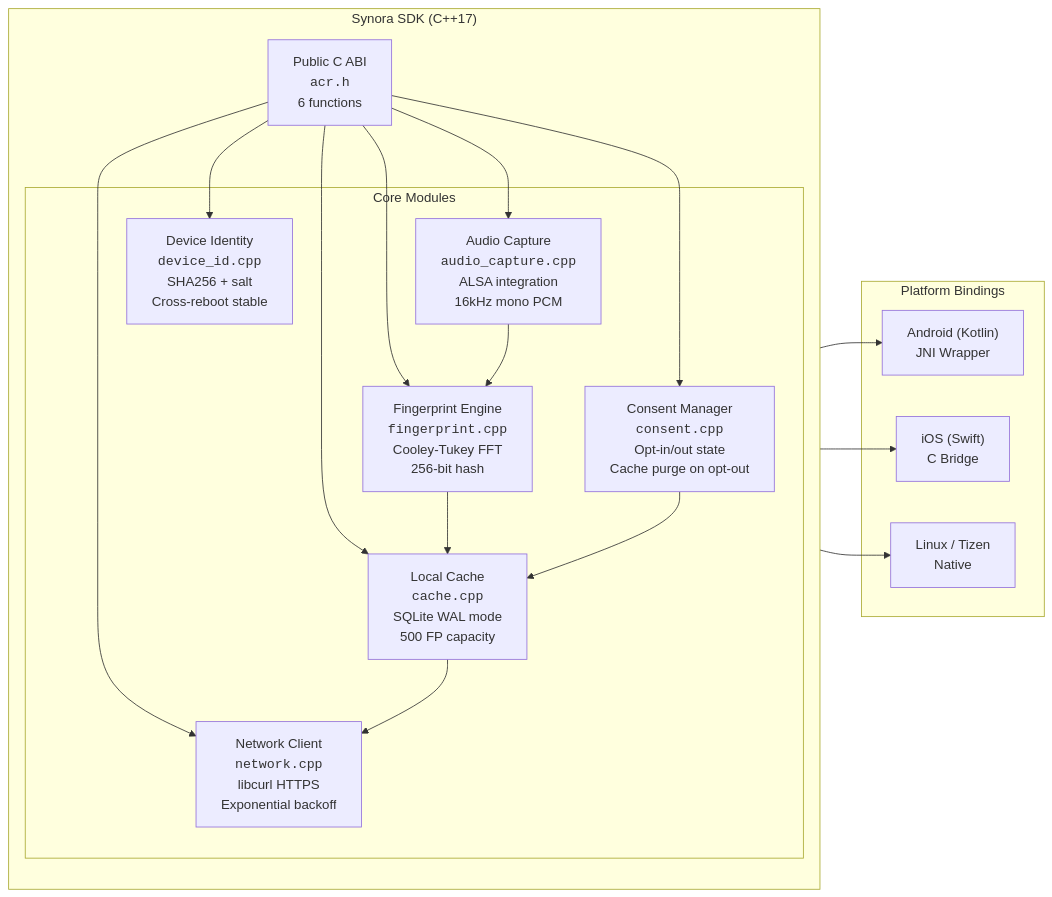
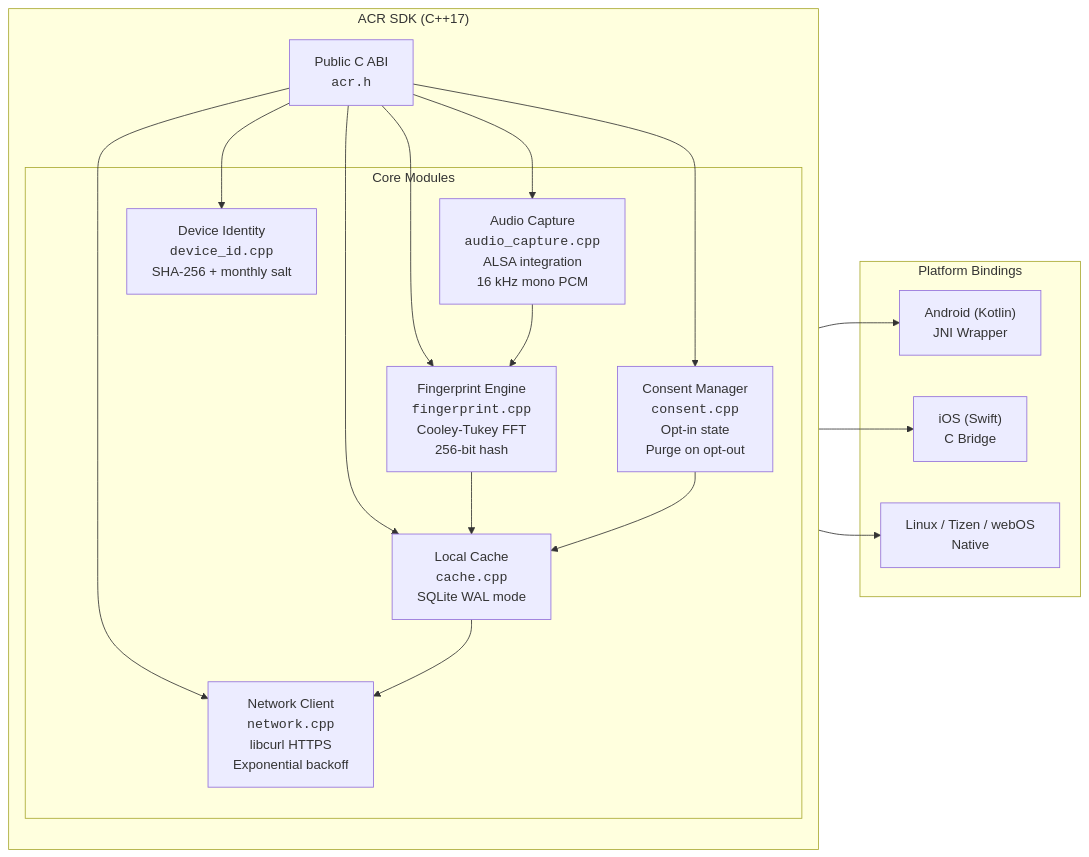
The third of 12 diagrams in PRODUCT_BLOG.md (ksmettela/Synora), drawn with Mermaid before and after one commit. The commit also changed other lines of this file and 27 other files, not shown here.

````diff
--- a/PRODUCT_BLOG.md
+++ b/PRODUCT_BLOG.md
@@ -231,38 +230,38 @@
 ```mermaid
 graph LR
-    subgraph "Synora SDK (C++17)"
+    subgraph "ACR SDK (C++17)"
         direction TB
-        
-        API["Public C ABI<br/><code>acr.h</code><br/>6 functions"]
-        
+
+        API["Public C ABI<br/><code>acr.h</code>"]
+
         subgraph "Core Modules"
-            AC["Audio Capture<br/><code>audio_capture.cpp</code><br/>ALSA integration<br/>16kHz mono PCM"]
+            AC["Audio Capture<br/><code>audio_capture.cpp</code><br/>ALSA integration<br/>16 kHz mono PCM"]
             FP["Fingerprint Engine<br/><code>fingerprint.cpp</code><br/>Cooley-Tukey FFT<br/>256-bit hash"]
-            DI["Device Identity<br/><code>device_id.cpp</code><br/>SHA256 + salt<br/>Cross-reboot stable"]
-            CA["Local Cache<br/><code>cache.cpp</code><br/>SQLite WAL mode<br/>500 FP capacity"]
+            DI["Device Identity<br/><code>device_id.cpp</code><br/>SHA-256 + monthly salt"]
+            CA["Local Cache<br/><code>cache.cpp</code><br/>SQLite WAL mode"]
             NW["Network Client<br/><code>network.cpp</code><br/>libcurl HTTPS<br/>Exponential backoff"]
-            CO["Consent Manager<br/><code>consent.cpp</code><br/>Opt-in/out state<br/>Cache purge on opt-out"]
+            CO["Consent Manager<br/><code>consent.cpp</code><br/>Opt-in state<br/>Purge on opt-out"]
         end
 
         API --> AC
         API --> FP
         API --> DI
         API --> CA
         API --> NW
         API --> CO
         AC --> FP
         FP --> CA
         CA --> NW
         CO --> CA
     end
-    
+
     subgraph "Platform Bindings"
         AND["Android (Kotlin)<br/>JNI Wrapper"]
         IOS["iOS (Swift)<br/>C Bridge"]
-        LIN["Linux / Tizen<br/>Native"]
+        LIN["Linux / Tizen / webOS<br/>Native"]
     end
-    
+
     API --> AND
     API --> IOS
     API --> LIN
 ```
````
